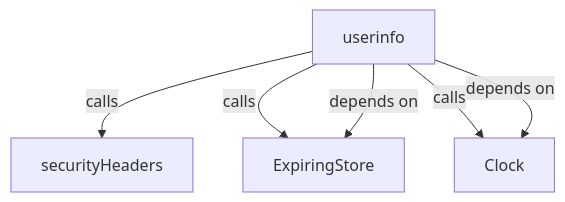
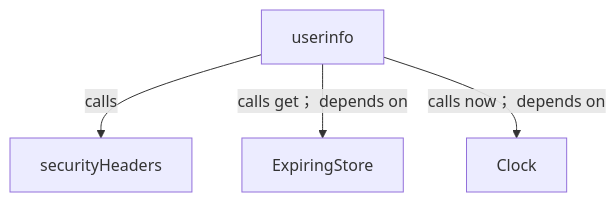
The first of 3 diagrams in docs/examples/oidc-login/provider/userinfo-diagrams.md (GreenPandaStudios/augscript), drawn with Mermaid before and after one commit. The commit also changed other lines of this file and 304 other files, not shown here.

Commit message:
Make generated data-flow sequences concise and review every diagram

````diff
--- a/docs/examples/oidc-login/provider/userinfo-diagrams.md
+++ b/docs/examples/oidc-login/provider/userinfo-diagrams.md
@@ -19,12 +19,10 @@
 ```mermaid
 flowchart TD
     n0["securityHeaders"]
     n1["ExpiringStore"]
     n2["Clock"]
     n3["userinfo"]
     n3 -->|"calls"| n0
-    n3 -->|"calls"| n1
-    n3 -->|"depends on"| n1
-    n3 -->|"calls"| n2
-    n3 -->|"depends on"| n2
+    n3 -->|"calls get； depends on"| n1
+    n3 -->|"calls now； depends on"| n2
 ```
````
